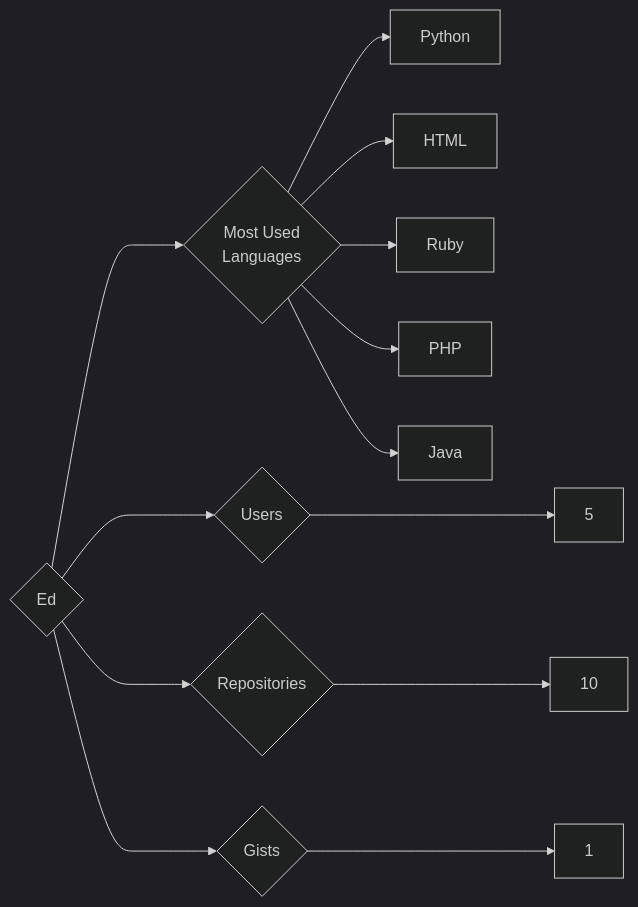
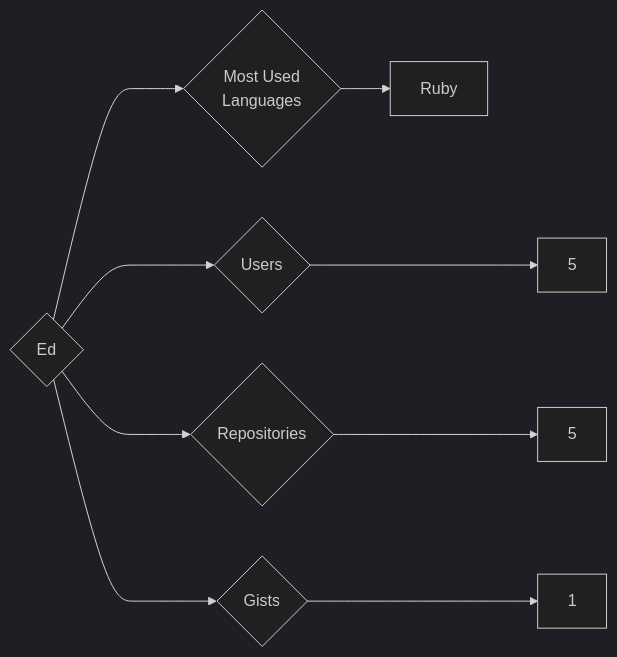
One commit to trickest/insiders changed the diagram in targets/Ed/README.md. Above: the diagram before and after it, drawn with Mermaid (dark theme). The commit also changed 934 other files, not shown here.

````diff
--- a/targets/Ed/README.md
+++ b/targets/Ed/README.md
@@ -3,13 +3,9 @@
 ```mermaid
 graph LR
 COMPANY_NAME{Ed}
 COMPANY_NAME ---> U{Users} ---> UN[5]
-COMPANY_NAME ---> R{Repositories} ---> RN[10]
+COMPANY_NAME ---> R{Repositories} ---> RN[5]
 COMPANY_NAME ---> G{Gists} ---> GN[1]
 COMPANY_NAME ---> ML{Most Used<br>Languages}
-ML --> Python[Python]
-ML --> HTML[HTML]
 ML --> Ruby[Ruby]
-ML --> PHP[PHP]
-ML --> Java[Java]
 ```
````
